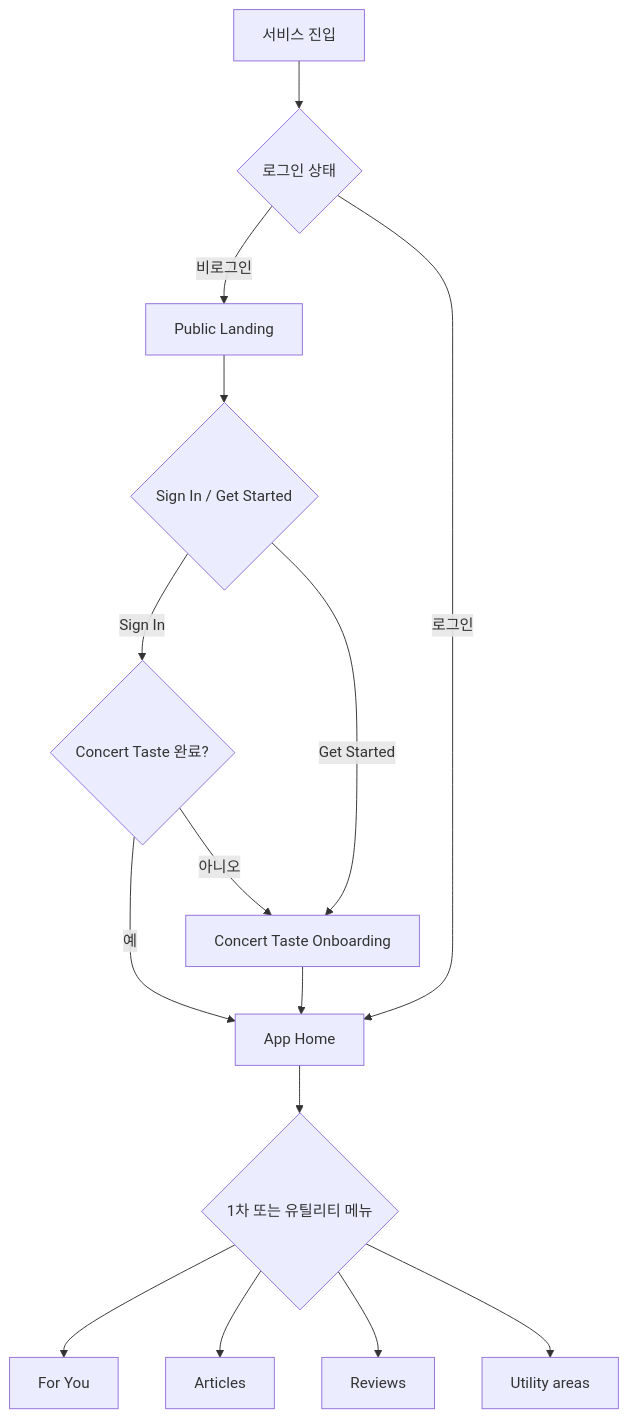
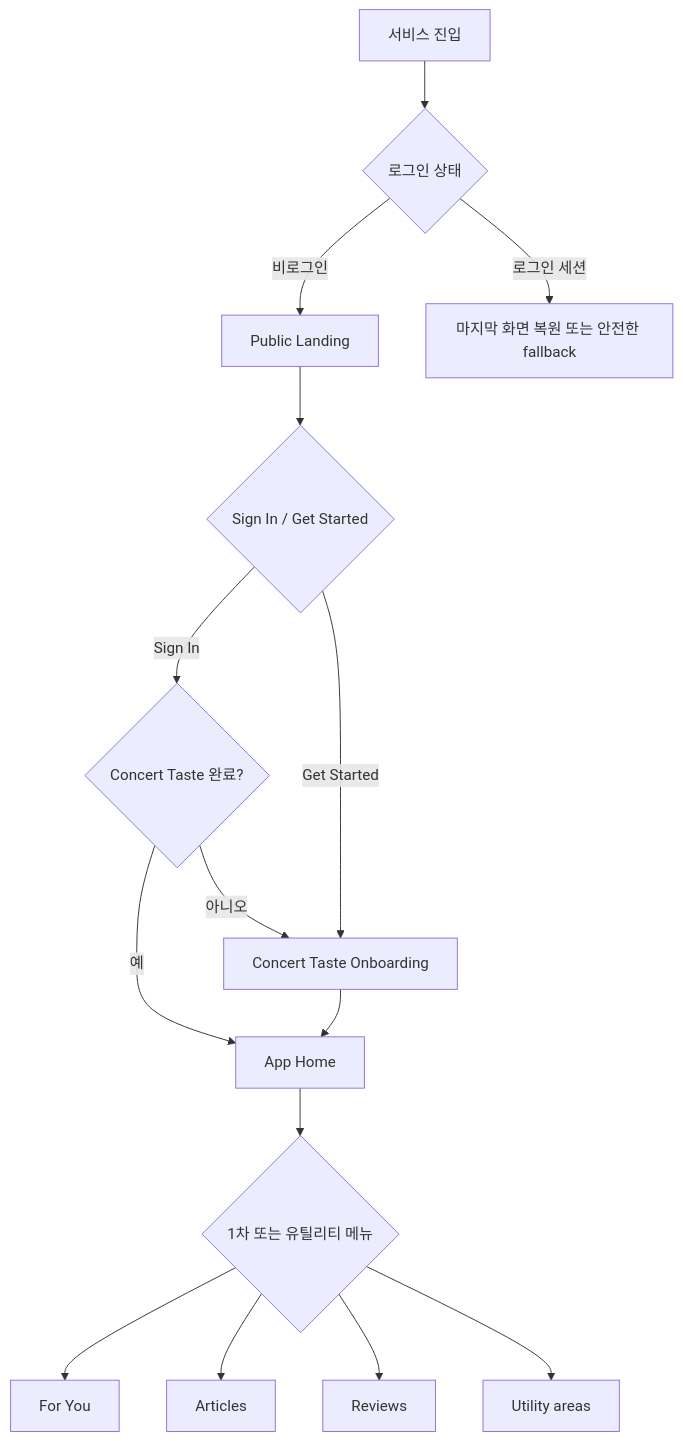
The first of 20 diagrams in docs/product/USER_FLOW.md (Skylar-Ahn/Resonance), drawn with Mermaid before and after one commit. The commit also changed other lines of this file and 37 other files, not shown here.

Commit message:
Refine seat recommendations and performance review archiving flows

````diff
--- a/docs/product/USER_FLOW.md
+++ b/docs/product/USER_FLOW.md
@@ -48,17 +51,17 @@
 ```mermaid
 flowchart TD
     E["서비스 진입"] --> G{"로그인 상태"}
     G -->|"비로그인"| P["Public Landing"]
     P --> A{"Sign In / Get Started"}
     A -->|"Sign In"| TC{"Concert Taste 완료?"}
     TC -->|"예"| H["App Home"]
     TC -->|"아니오"| T["Concert Taste Onboarding"]
     A -->|"Get Started"| T["Concert Taste Onboarding"]
     T --> H
-    G -->|"로그인"| H
+    G -->|"로그인 세션"| RST["마지막 화면 복원 또는 안전한 fallback"]
     H --> N{"1차 또는 유틸리티 메뉴"}
     N --> F["For You"]
     N --> AR["Articles"]
     N --> RV["Reviews"]
     N --> U["Utility areas"]
 ```
````
